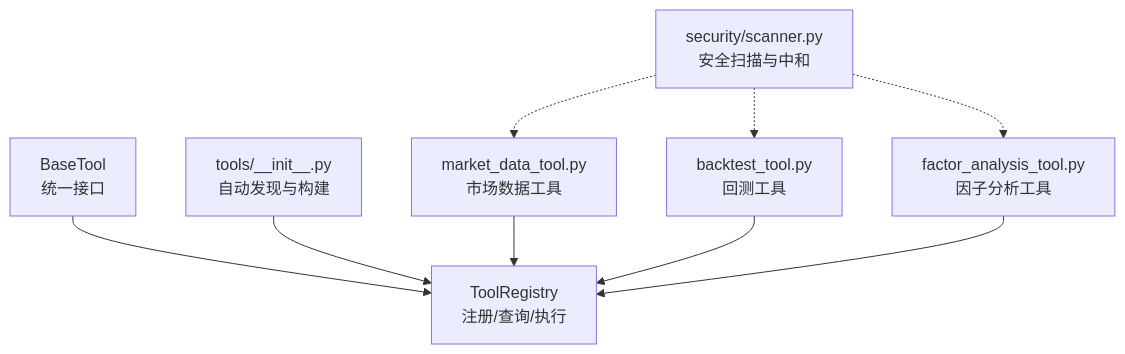
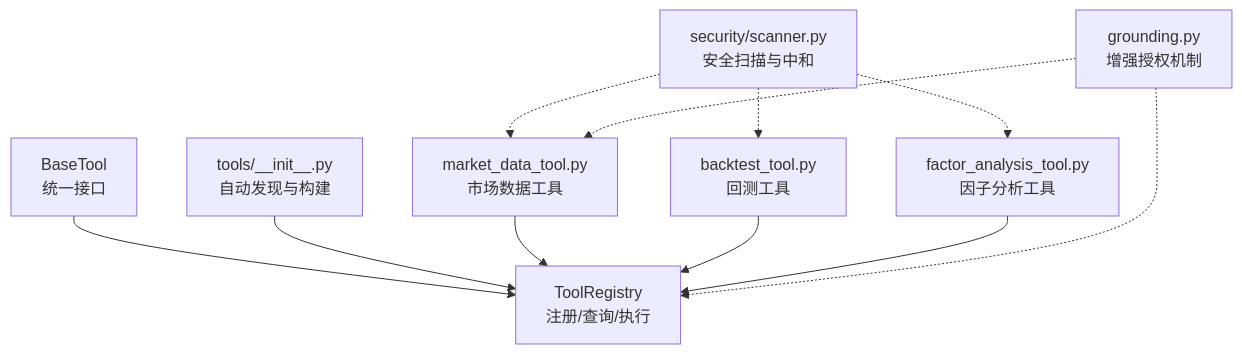
One commit to 20012002er/Vibe-Trading changed the first of 7 diagrams in .qoder/repowiki/zh/content/AI代理系统/工具系统/工具系统.md. Above: the diagram before and after it, drawn with Mermaid. The commit also changed other lines of this file and 6 other files, not shown here.

````diff
--- a/.qoder/repowiki/zh/content/AI代理系统/工具系统/工具系统.md
+++ b/.qoder/repowiki/zh/content/AI代理系统/工具系统/工具系统.md
@@ -35,11 +46,13 @@
 ```mermaid
 graph TB
 A["BaseTool<br/>统一接口"] --> B["ToolRegistry<br/>注册/查询/执行"]
 C["tools/__init__.py<br/>自动发现与构建"] --> B
 D["market_data_tool.py<br/>市场数据工具"] --> B
 E["backtest_tool.py<br/>回测工具"] --> B
 F["factor_analysis_tool.py<br/>因子分析工具"] --> B
 G["security/scanner.py<br/>安全扫描与中和"] -.-> D
 G -.-> E
 G -.-> F
+H["grounding.py<br/>增强授权机制"] -.-> B
+H -.-> D
 ```
````
